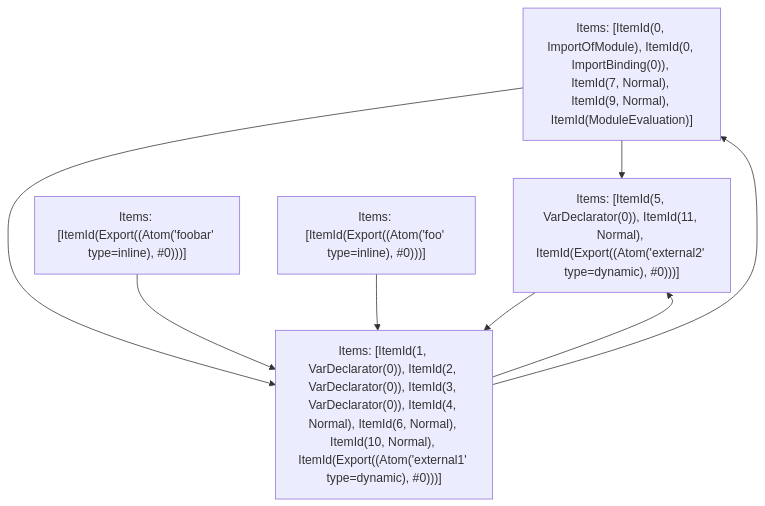
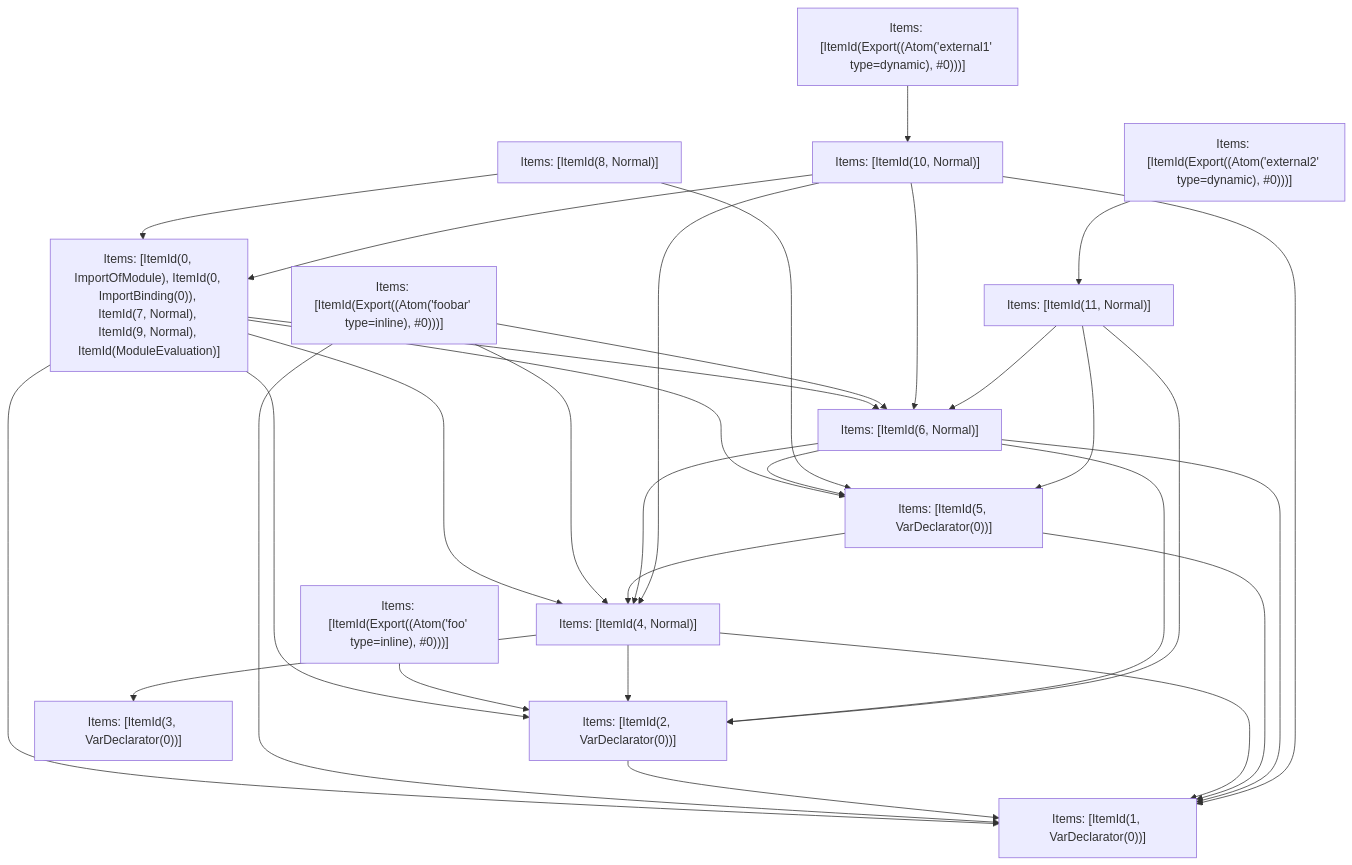
One commit to vercel/turborepo changed the fifth of 5 diagrams in crates/turbopack-ecmascript/tests/tree-shaker/analyzer/1/output.md. Above: the diagram before and after it, drawn with Mermaid. The commit also changed other lines of this file and 3 other files, not shown here.

````diff
--- a/crates/turbopack-ecmascript/tests/tree-shaker/analyzer/1/output.md
+++ b/crates/turbopack-ecmascript/tests/tree-shaker/analyzer/1/output.md
@@ -341,15 +341,47 @@
 ```mermaid
 graph TD
     N0["Items: [ItemId(0, ImportOfModule), ItemId(0, ImportBinding(0)), ItemId(7, Normal), ItemId(9, Normal), ItemId(ModuleEvaluation)]"];
     N1["Items: [ItemId(Export((Atom('foobar' type=inline), #0)))]"];
     N2["Items: [ItemId(Export((Atom('foo' type=inline), #0)))]"];
-    N3["Items: [ItemId(1, VarDeclarator(0)), ItemId(2, VarDeclarator(0)), ItemId(3, VarDeclarator(0)), ItemId(4, Normal), ItemId(6, Normal), ItemId(10, Normal), ItemId(Export((Atom('external1' type=dynamic), #0)))]"];
-    N4["Items: [ItemId(5, VarDeclarator(0)), ItemId(11, Normal), ItemId(Export((Atom('external2' type=dynamic), #0)))]"];
-    N0 --> N4;
-    N0 --> N3;
-    N1 --> N3;
-    N2 --> N3;
-    N3 --> N4;
-    N3 --> N0;
-    N4 --> N3;
+    N3["Items: [ItemId(Export((Atom('external1' type=dynamic), #0)))]"];
+    N4["Items: [ItemId(Export((Atom('external2' type=dynamic), #0)))]"];
+    N5["Items: [ItemId(1, VarDeclarator(0))]"];
+    N6["Items: [ItemId(2, VarDeclarator(0))]"];
+    N7["Items: [ItemId(4, Normal)]"];
+    N8["Items: [ItemId(5, VarDeclarator(0))]"];
+    N9["Items: [ItemId(6, Normal)]"];
+    N10["Items: [ItemId(8, Normal)]"];
+    N11["Items: [ItemId(10, Normal)]"];
+    N12["Items: [ItemId(11, Normal)]"];
+    N13["Items: [ItemId(3, VarDeclarator(0))]"];
+    N0 --> N8;
+    N0 --> N5;
+    N0 --> N7;
+    N0 --> N9;
+    N0 --> N6;
+    N1 --> N5;
+    N1 --> N7;
+    N1 --> N9;
+    N2 --> N6;
+    N3 --> N11;
+    N4 --> N12;
+    N6 --> N5;
+    N7 --> N13;
+    N7 --> N5;
+    N7 --> N6;
+    N8 --> N5;
+    N8 --> N7;
+    N9 --> N5;
+    N9 --> N7;
+    N9 --> N6;
+    N9 --> N8;
+    N10 --> N8;
+    N10 --> N0;
+    N11 --> N0;
+    N11 --> N5;
+    N11 --> N7;
+    N11 --> N9;
+    N12 --> N6;
+    N12 --> N8;
+    N12 --> N9;
 ```
````
